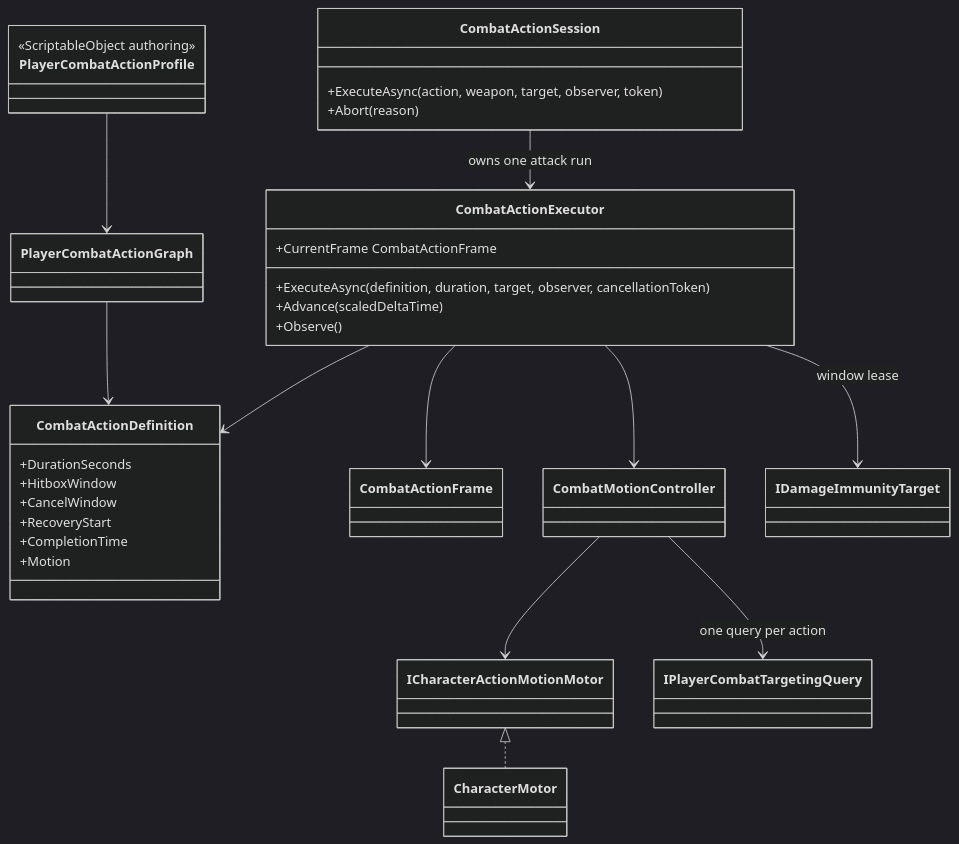
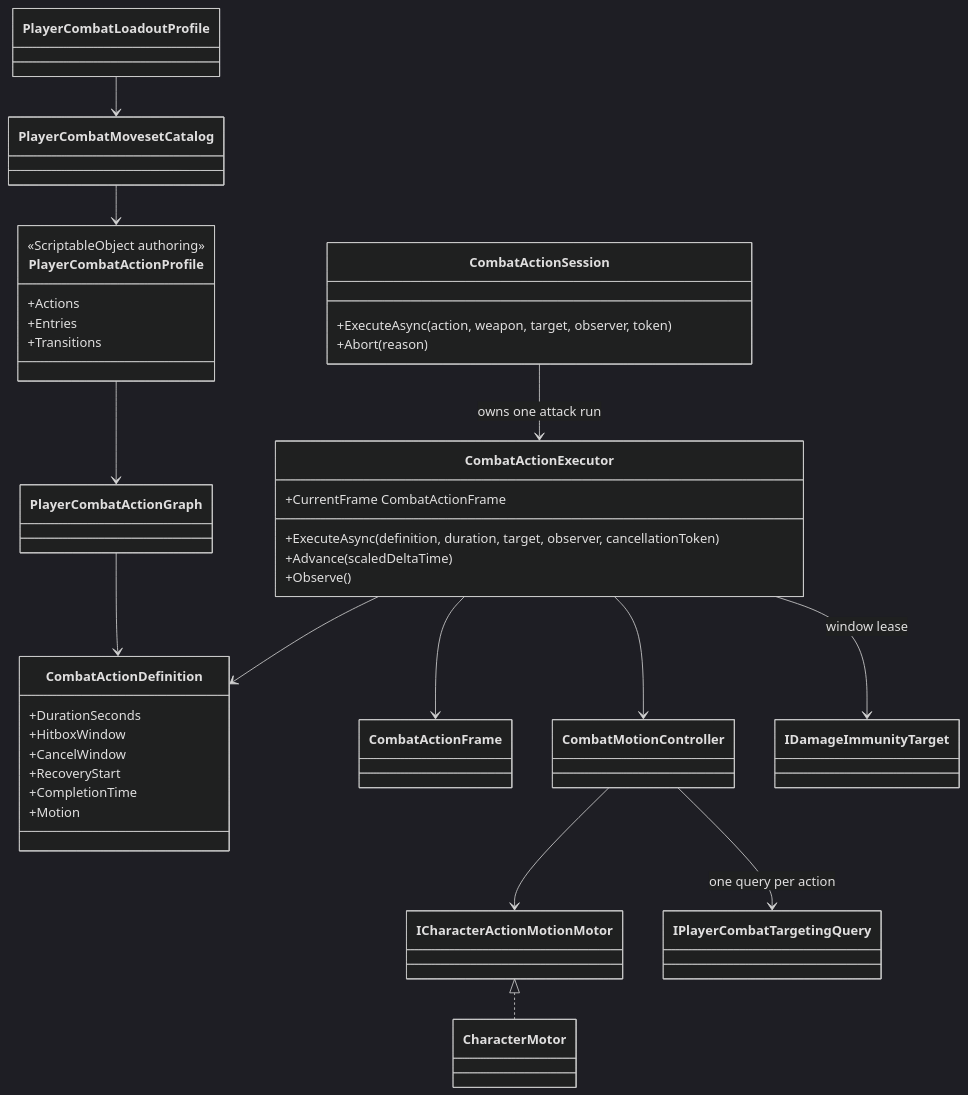
The diagram in Assets/_App/Core/Runtime/Combat/Actions/README.md (MaximFonariuc/project-s), drawn with Mermaid (dark theme) before and after one commit. The commit also changed other lines of this file and 19 other files, not shown here.

Commit message:
feat(combat): add weapon moveset loadout

````diff
--- a/Assets/_App/Core/Runtime/Combat/Actions/README.md
+++ b/Assets/_App/Core/Runtime/Combat/Actions/README.md
@@ -5,42 +5,49 @@
 ```mermaid
 classDiagram
     class PlayerCombatActionProfile {
         <<ScriptableObject authoring>>
+        +Actions
+        +Entries
+        +Transitions
     }
+    class PlayerCombatLoadoutProfile
+    class PlayerCombatMovesetCatalog
     class PlayerCombatActionGraph
     class CombatActionDefinition {
         +DurationSeconds
         +HitboxWindow
         +CancelWindow
         +RecoveryStart
         +CompletionTime
         +Motion
     }
     class CombatActionExecutor {
         +ExecuteAsync(definition, duration, target, observer, cancellationToken)
         +Advance(scaledDeltaTime)
         +Observe()
         +CurrentFrame CombatActionFrame
     }
     class CombatActionSession {
         +ExecuteAsync(action, weapon, target, observer, token)
         +Abort(reason)
     }
     class CombatActionFrame
     class CombatMotionController
     class IDamageImmunityTarget
     class ICharacterActionMotionMotor
     class IPlayerCombatTargetingQuery
     class CharacterMotor
 
+    PlayerCombatLoadoutProfile --> PlayerCombatMovesetCatalog
+    PlayerCombatMovesetCatalog --> PlayerCombatActionProfile
     PlayerCombatActionProfile --> PlayerCombatActionGraph
     PlayerCombatActionGraph --> CombatActionDefinition
     CombatActionExecutor --> CombatActionDefinition
     CombatActionExecutor --> CombatActionFrame
     CombatActionExecutor --> CombatMotionController
     CombatActionExecutor --> IDamageImmunityTarget : window lease
     CombatActionSession --> CombatActionExecutor : owns one attack run
     CombatMotionController --> ICharacterActionMotionMotor
     CombatMotionController --> IPlayerCombatTargetingQuery : one query per action
     ICharacterActionMotionMotor <|.. CharacterMotor
 ```
````
